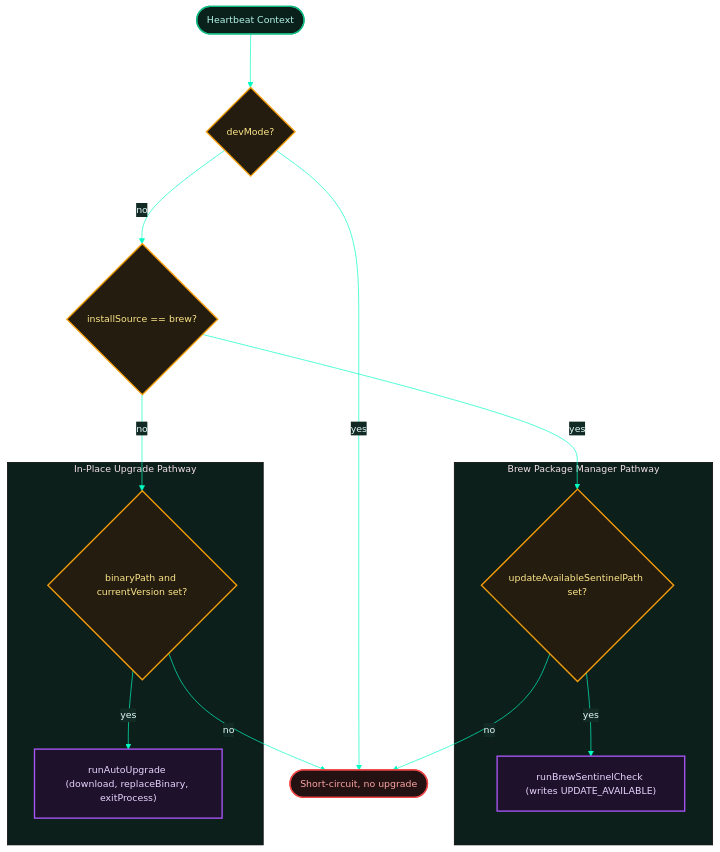
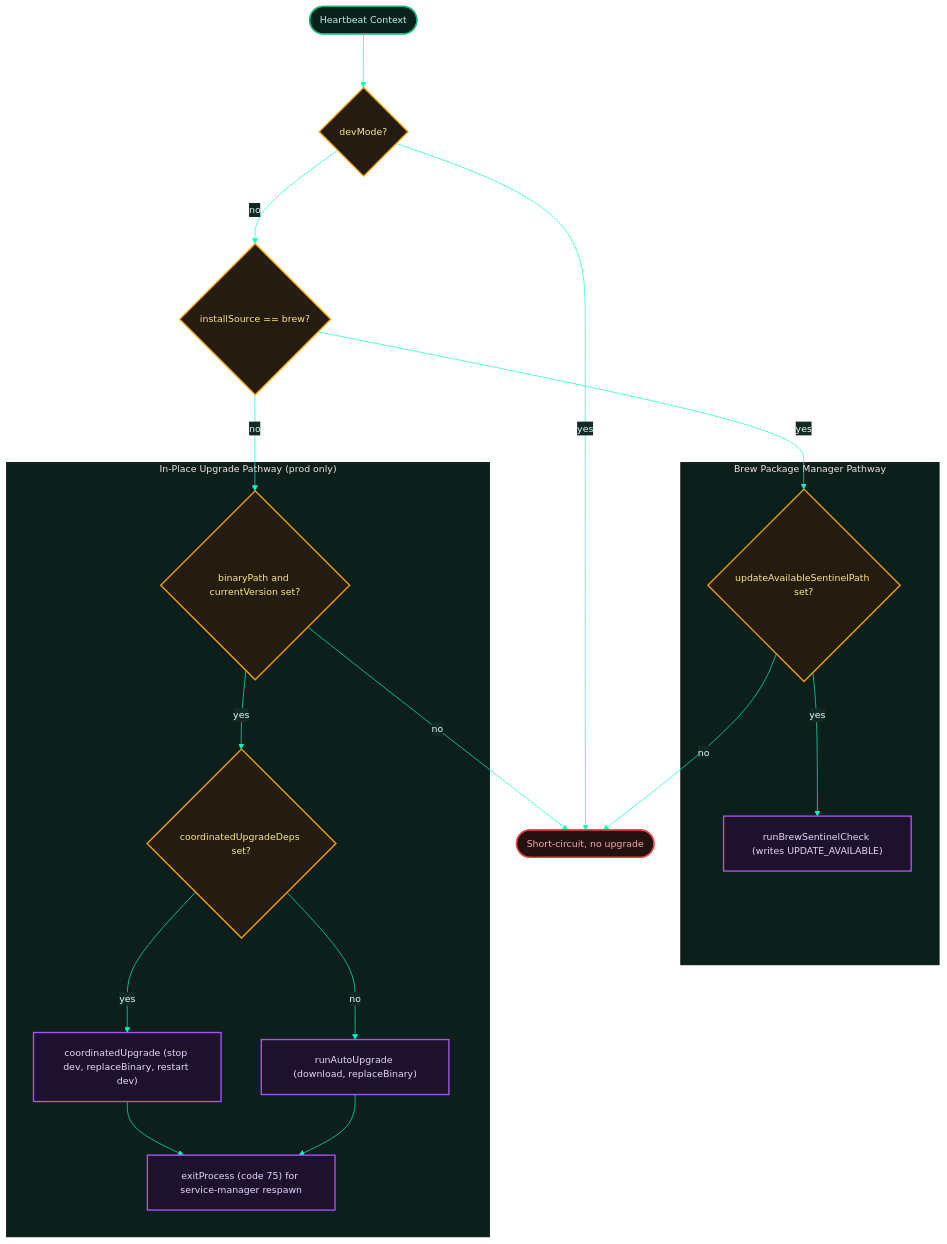
Before and after one commit to proxai/proxai_gateway: the second of 3 diagrams in docs/04-daemon-loops/4.3-heartbeat-cycle.md, drawn with Mermaid. The commit also changed other lines of this file and 68 other files, not shown here.

````diff
--- a/docs/04-daemon-loops/4.3-heartbeat-cycle.md
+++ b/docs/04-daemon-loops/4.3-heartbeat-cycle.md
@@ -99,46 +113,56 @@
 ```mermaid
 %%{init: { 'flowchart': { 'useMaxWidth': false, 'htmlLabels': true, 'curve': 'basis', 'nodeSpacing': 60, 'rankSpacing': 80, 'padding': 20 }, 'theme': 'base', 'themeVariables': { 'background': '#081612', 'primaryColor': '#081612', 'primaryTextColor': '#e2f8f5', 'primaryBorderColor': '#00ffc4', 'lineColor': '#00ffc4', 'secondaryColor': '#122a24', 'tertiaryColor': '#0d1f1a', 'fontSize': '14px' } }}%%
 flowchart TD
   classDef startNode fill:#0a201b,stroke:#10b981,stroke-width:2px,color:#b3f5e6;
   classDef stopNode fill:#241212,stroke:#ef4444,stroke-width:2px,color:#fca5a5;
   classDef decNode fill:#241c0e,stroke:#f59e0b,stroke-width:2px,color:#fde68a;
   classDef processNode fill:#0d1b2d,stroke:#3b82f6,stroke-width:2px,color:#bfdbfe;
   classDef actionNode fill:#1e112c,stroke:#a855f7,stroke-width:2px,color:#e9d5ff;
   classDef default fill:#0a201b,stroke:#14b8a6,stroke-width:2px,color:#ccfbf1;
 
   ctx([Heartbeat Context])
   dev{devMode?}
   brew{installSource == brew?}
   skip([Short-circuit, no upgrade])
 
   subgraph BrewBranch ["Brew Package Manager Pathway"]
     sentinelPath{"updateAvailableSentinelPath set?"}
     sentinelWrite["runBrewSentinelCheck (writes UPDATE_AVAILABLE)"]
   end
 
-  subgraph InPlaceBranch ["In-Place Upgrade Pathway"]
+  subgraph InPlaceBranch ["In-Place Upgrade Pathway (prod only)"]
     inPlace{"binaryPath and currentVersion set?"}
-    download["runAutoUpgrade (download, replaceBinary, exitProcess)"]
+    coord{"coordinatedUpgradeDeps set?"}
+    coordUp["coordinatedUpgrade (stop dev, replaceBinary, restart dev)"]
+    download["runAutoUpgrade (download, replaceBinary)"]
+    respawn["exitProcess (code 75) for service-manager respawn"]
   end
 
   ctx --> dev
   dev -->|yes| skip
   dev -->|no| brew
 
   brew -->|yes| sentinelPath
   sentinelPath -->|yes| sentinelWrite
   sentinelPath -->|no| skip
 
   brew -->|no| inPlace
-  inPlace -->|yes| download
   inPlace -->|no| skip
+  inPlace -->|yes| coord
+  coord -->|yes| coordUp
+  coord -->|no| download
+  coordUp --> respawn
+  download --> respawn
 
   class ctx startNode;
   class skip stopNode;
   class dev decNode;
   class brew decNode;
   class sentinelPath decNode;
   class inPlace decNode;
+  class coord decNode;
   class sentinelWrite actionNode;
+  class coordUp actionNode;
   class download actionNode;
+  class respawn actionNode;
 ```
````
